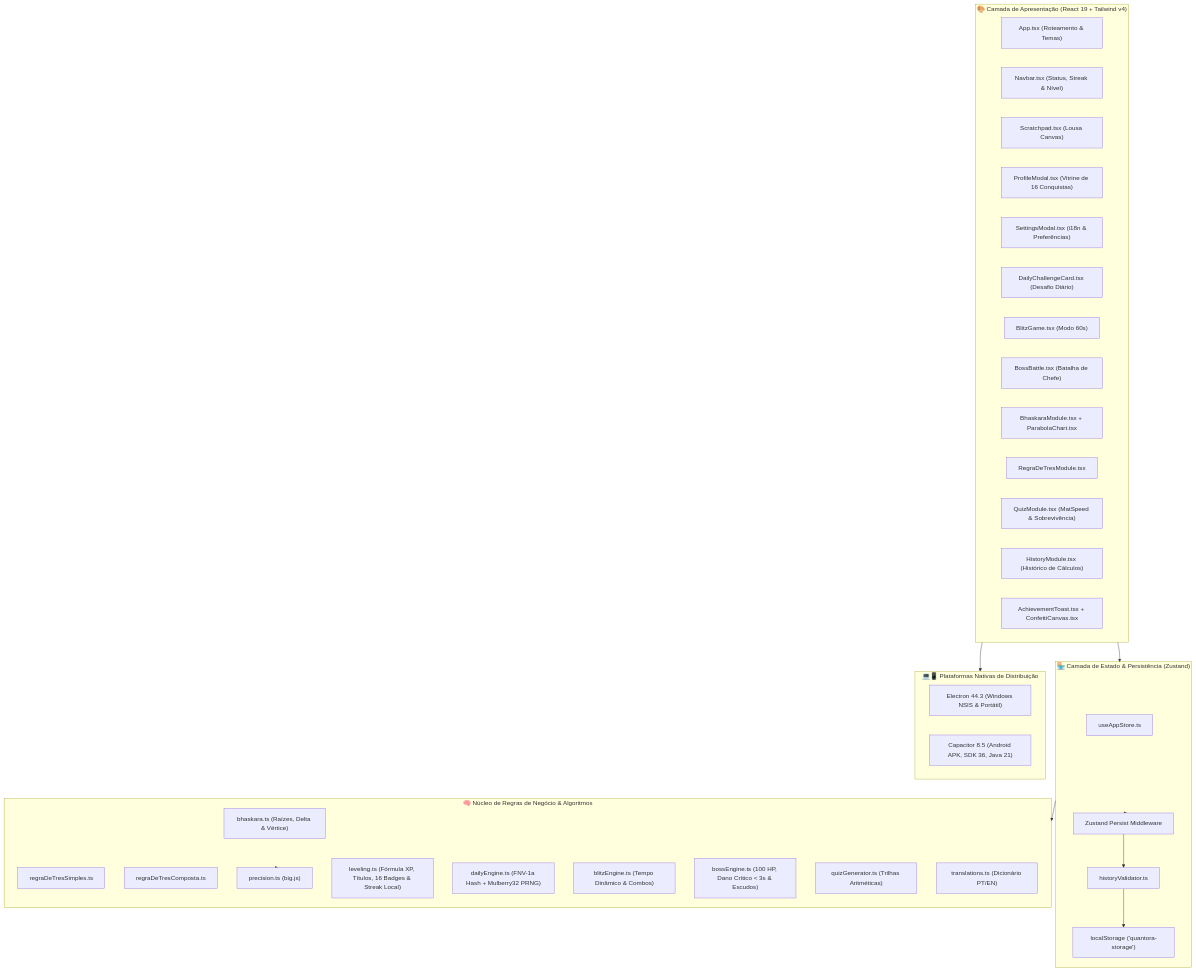
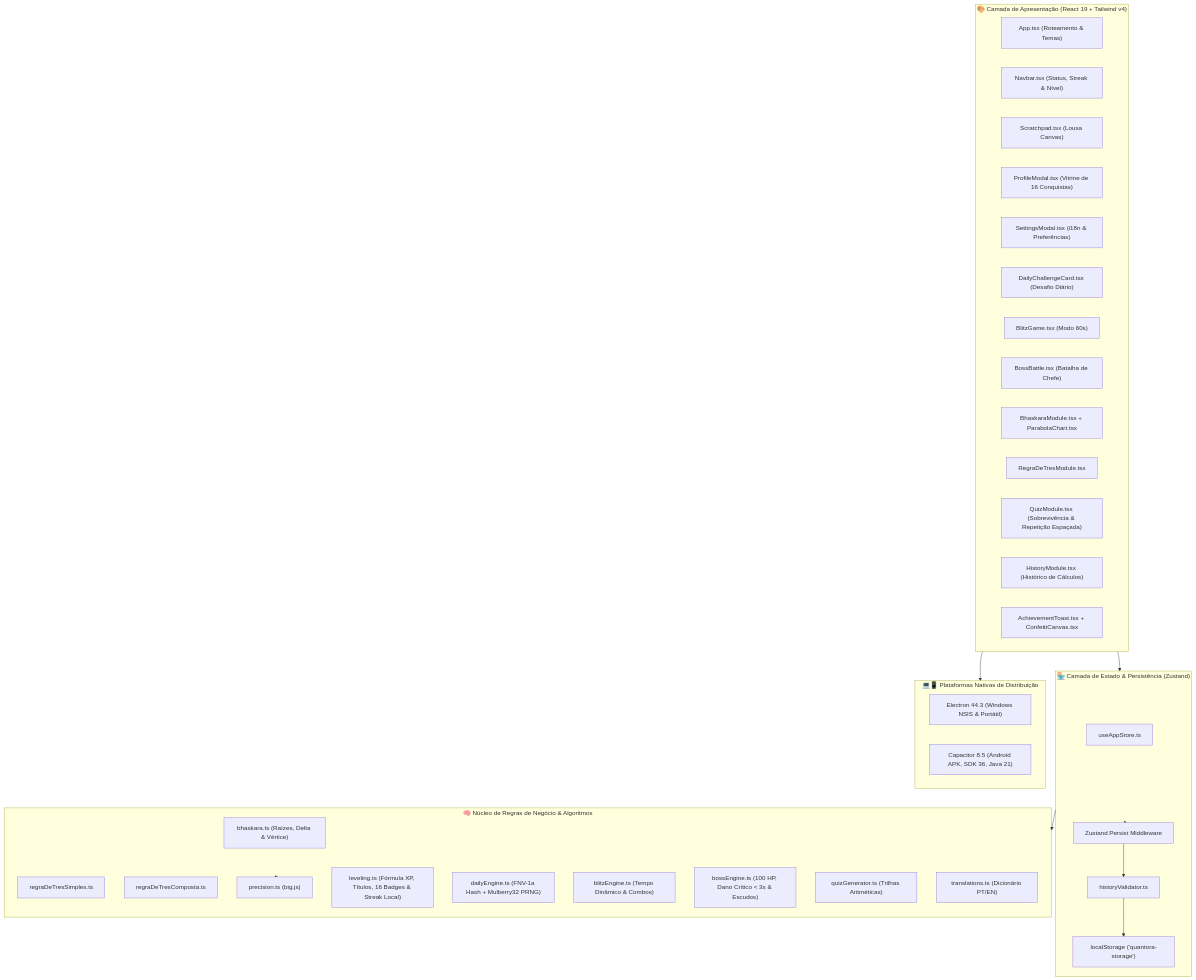
Before and after one commit to Jklmkii/math: the diagram in docs/Mapa de Dependencias.md, drawn with Mermaid. The commit also changed 14 other files, not shown here.

Commit message:
feat: implement pedagogical spaced repetition, permanent CI/CD security and purge MatSpeed branding

````diff
--- a/docs/Mapa de Dependencias.md
+++ b/docs/Mapa de Dependencias.md
@@ -9,52 +9,52 @@
 ```mermaid
 graph TD
     subgraph UI_Presentation["🎨 Camada de Apresentação (React 19 + Tailwind v4)"]
         App["App.tsx (Roteamento & Temas)"]
         Navbar["Navbar.tsx (Status, Streak & Nível)"]
         Scratchpad["Scratchpad.tsx (Lousa Canvas)"]
         ProfileModal["ProfileModal.tsx (Vitrine de 16 Conquistas)"]
         SettingsModal["SettingsModal.tsx (i18n & Preferências)"]
         DailyCard["DailyChallengeCard.tsx (Desafio Diário)"]
         BlitzUI["BlitzGame.tsx (Modo 60s)"]
         BossUI["BossBattle.tsx (Batalha de Chefe)"]
         BhaskaraUI["BhaskaraModule.tsx + ParabolaChart.tsx"]
         RegraTresUI["RegraDeTresModule.tsx"]
-        QuizUI["QuizModule.tsx (MatSpeed & Sobrevivência)"]
+        QuizUI["QuizModule.tsx (Sobrevivência & Repetição Espaçada)"]
         HistoryUI["HistoryModule.tsx (Histórico de Cálculos)"]
         Toasts["AchievementToast.tsx + ConfettiCanvas.tsx"]
     end
 
     subgraph Store_State["🏪 Camada de Estado & Persistência (Zustand)"]
         Store["useAppStore.ts"]
         Persist["Zustand Persist Middleware"]
         Validator["historyValidator.ts"]
         LocalStorage["localStorage ('quantora-storage')"]
     end
 
     subgraph Core_Engines["🧠 Núcleo de Regras de Negócio & Algoritmos"]
         BhaskaraCore["bhaskara.ts (Raízes, Delta & Vértice)"]
         RegraTresSimples["regraDeTresSimples.ts"]
         RegraTresComposta["regraDeTresComposta.ts"]
         Precision["precision.ts (big.js)"]
         LevelingCore["leveling.ts (Fórmula XP, Títulos, 16 Badges & Streak Local)"]
         DailyCore["dailyEngine.ts (FNV-1a Hash + Mulberry32 PRNG)"]
         BlitzCore["blitzEngine.ts (Tempo Dinâmico & Combos)"]
         BossCore["bossEngine.ts (100 HP, Dano Crítico < 3s & Escudos)"]
         QuizCore["quizGenerator.ts (Trilhas Aritméticas)"]
         I18nCore["translations.ts (Dicionário PT/EN)"]
     end
 
     subgraph Native_Platforms["💻📱 Plataformas Nativas de Distribuição"]
         Electron["Electron 44.3 (Windows NSIS & Portátil)"]
         Capacitor["Capacitor 8.5 (Android APK, SDK 36, Java 21)"]
     end
 
     %% Relações entre camadas
     UI_Presentation --> Store_State
     Store_State --> Core_Engines
     Core_Engines --> Precision
     Store_State --> Persist
     Persist --> Validator
     Validator --> LocalStorage
     UI_Presentation --> Native_Platforms
 ```
````
